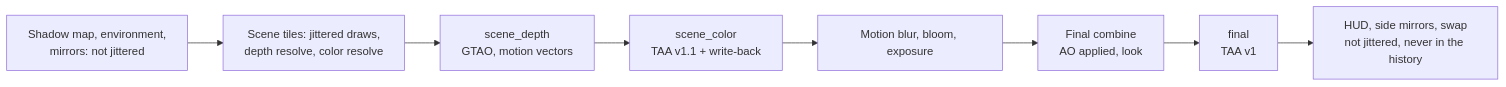
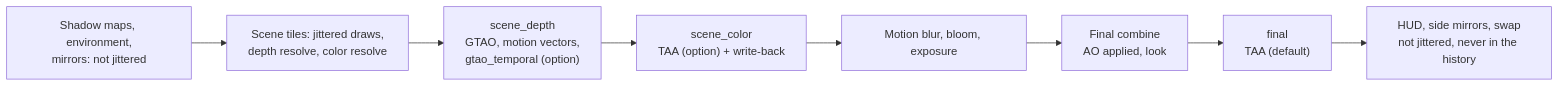
Before and after one commit to MotorsportDX/MotorsportDX: the diagram in docs/analysis/taa.md, drawn with Mermaid. The commit also changed other lines of this file and 8 other files, not shown here.

````diff
--- a/docs/analysis/taa.md
+++ b/docs/analysis/taa.md
@@ -39,11 +47,11 @@
 ```mermaid
 flowchart LR
-    shadow["Shadow map, environment,<br/>mirrors: not jittered"] --> tiles
+    shadow["Shadow maps, environment,<br/>mirrors: not jittered"] --> tiles
     tiles["Scene tiles: jittered draws,<br/>depth resolve, color resolve"] --> depth
-    depth["scene_depth<br/>GTAO, motion vectors"] --> color
-    color["scene_color<br/>TAA v1.1 + write-back"] --> chain
+    depth["scene_depth<br/>GTAO, motion vectors,<br/>gtao_temporal (option)"] --> color
+    color["scene_color<br/>TAA (option) + write-back"] --> chain
     chain["Motion blur, bloom, exposure"] --> combine
     combine["Final combine<br/>AO applied, look"] --> final
-    final["final<br/>TAA v1"] --> hud
+    final["final<br/>TAA (default)"] --> hud
     hud["HUD, side mirrors, swap<br/>not jittered, never in the history"]
 ```
````
